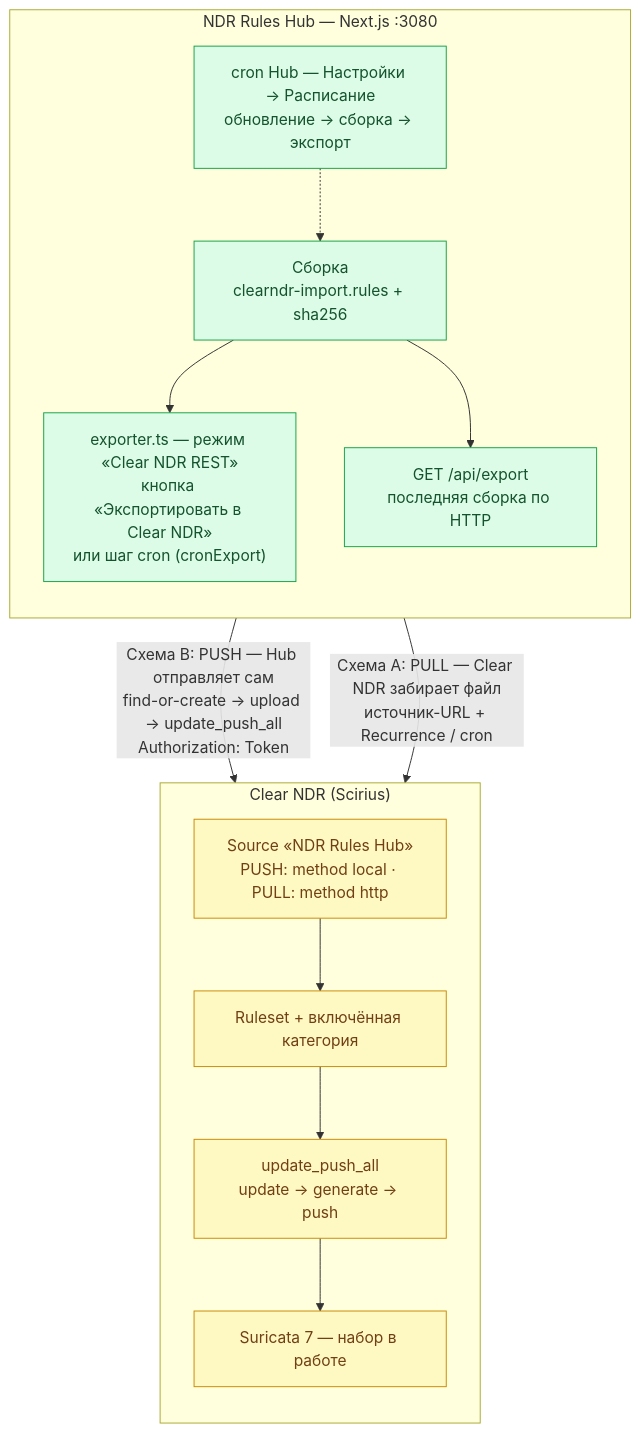
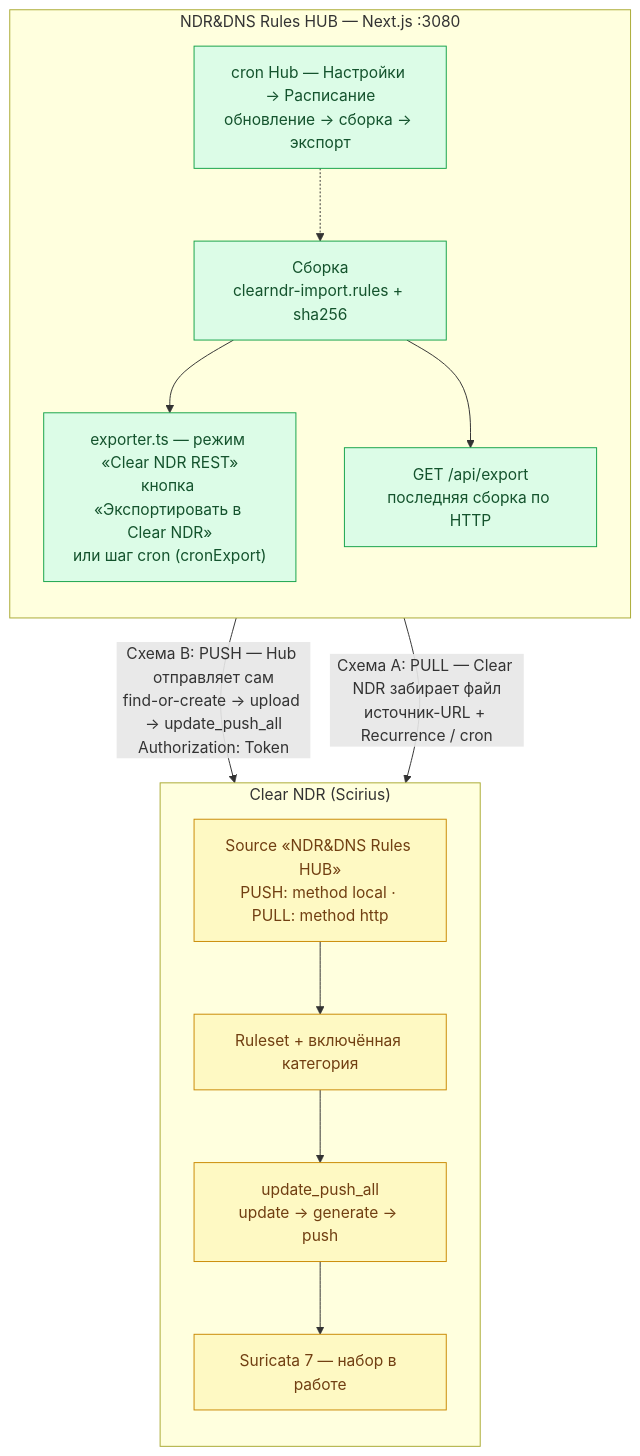
One commit to NoIDXMV6/ndr-rules-hub changed the seventh of 9 diagrams in architecture.md. Above: the diagram before and after it, drawn with Mermaid. The commit also changed other lines of this file and 64 other files, not shown here.

````diff
--- a/architecture.md
+++ b/architecture.md
@@ -568,32 +568,32 @@
 ```mermaid
 flowchart TB
-    subgraph HUB["NDR Rules Hub — Next.js :3080"]
+    subgraph HUB["NDR&DNS Rules HUB — Next.js :3080"]
         direction TB
         BLD["Сборка<br/>clearndr-import.rules + sha256"]
         CRON["cron Hub — Настройки → Расписание<br/>обновление → сборка → экспорт"]
         REST["exporter.ts — режим «Clear NDR REST»<br/>кнопка «Экспортировать в Clear NDR»<br/>или шаг cron (cronExport)"]
         PULLAPI["GET /api/export<br/>последняя сборка по HTTP"]
         BLD --> REST
         BLD --> PULLAPI
         CRON -.-> BLD
     end
 
     subgraph CNDR["Clear NDR (Scirius)"]
         direction TB
-        SRC["Source «NDR Rules Hub»<br/>PUSH: method local · PULL: method http"]
+        SRC["Source «NDR&DNS Rules HUB»<br/>PUSH: method local · PULL: method http"]
         RS["Ruleset + включённая категория"]
         UPALL["update_push_all<br/>update → generate → push"]
         SUR["Suricata 7 — набор в работе"]
         SRC --> RS
         RS --> UPALL
         UPALL --> SUR
     end
 
     REST -- "Схема B: PUSH — Hub отправляет сам<br/>find-or-create → upload → update_push_all<br/>Authorization: Token" --> SRC
     PULLAPI -- "Схема A: PULL — Clear NDR забирает файл<br/>источник-URL + Recurrence / cron" --> SRC
 
     classDef engine fill:#dcfce7,stroke:#16a34a,color:#14532d
     classDef ext fill:#fef9c3,stroke:#ca8a04,color:#713f12
     class BLD,CRON,REST,PULLAPI engine
     class SRC,RS,UPALL,SUR ext
 ```
````
